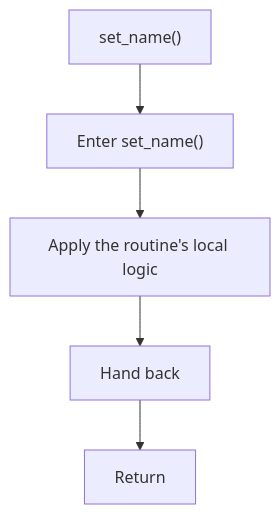
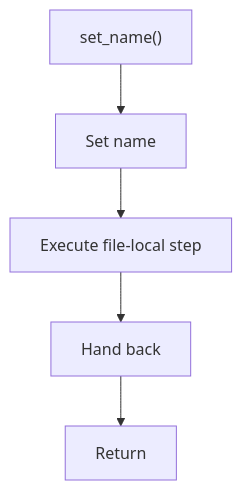
Before and after one commit to JohnAndrewBalbarosa/NeoTerritory: the third of 7 diagrams in docs/Codebase/LegacyPatternTransformSamples/legacy_pattern_domain_models_sample.cpp.md, drawn with Mermaid. The commit also changed other lines of this file and 925 other files, not shown here.

````diff
--- a/docs/Codebase/LegacyPatternTransformSamples/legacy_pattern_domain_models_sample.cpp.md
+++ b/docs/Codebase/LegacyPatternTransformSamples/legacy_pattern_domain_models_sample.cpp.md
@@ -96,12 +95,12 @@
 ```mermaid
 flowchart TD
     Start["set_name()"]
-    N0["Enter set_name()"]
-    N1["Apply the routine's local logic"]
+    N0["Set name"]
+    N1["Execute file-local step"]
     N2["Hand back"]
     End["Return"]
     Start --> N0
     N0 --> N1
     N1 --> N2
     N2 --> End
 ```
````
